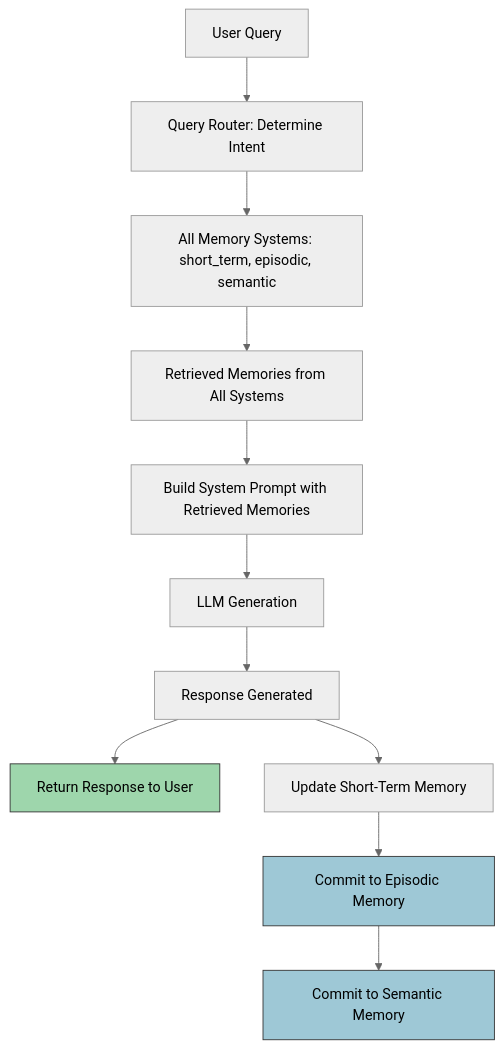
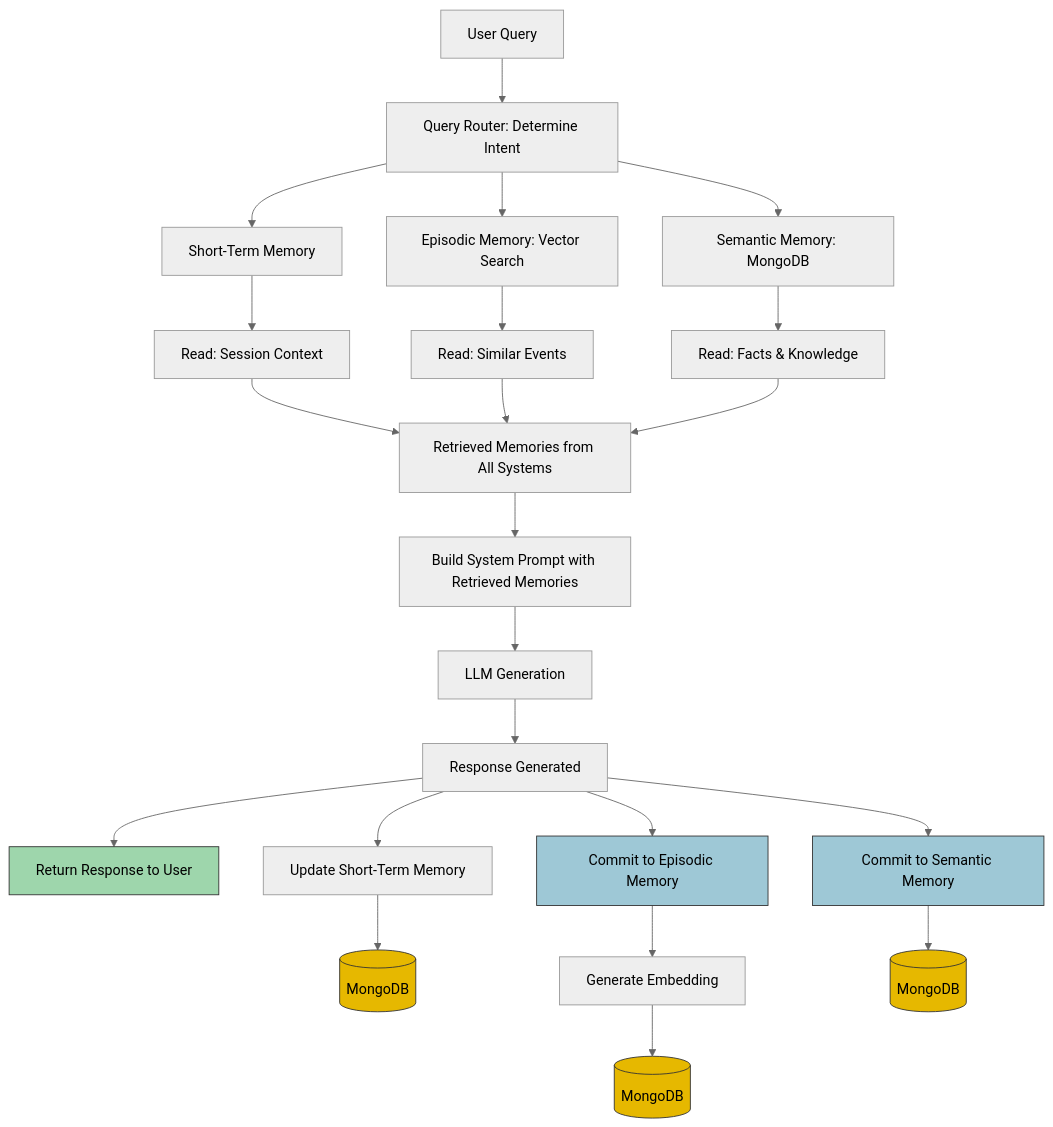
One commit to fullaware/pensive changed the diagram in README.md. Above: the diagram before and after it, drawn with Mermaid (neutral theme).

Commit message:
Updated README with better diagram

````diff
--- a/README.md
+++ b/README.md
@@ -28,19 +28,37 @@
 ```mermaid
 flowchart TD
   userQuery[User Query] --> router[Query Router: Determine Intent]
-  router --> allMemories[All Memory Systems: short_term, episodic, semantic]
+  router --> shortTerm[Short-Term Memory]
+  router --> episodic[Episodic Memory: Vector Search]
+  router --> semantic[Semantic Memory: MongoDB]
 
-  allMemories --> queryResults[Retrieved Memories from All Systems]
+  shortTerm --> shortTermRead[Read: Session Context]
+  episodic --> episodicRead[Read: Similar Events]
+  semantic --> semanticRead[Read: Facts & Knowledge]
+
+  shortTermRead --> queryResults[Retrieved Memories from All Systems]
+  episodicRead --> queryResults
+  semanticRead --> queryResults
+
   queryResults --> systemPrompt[Build System Prompt with Retrieved Memories]
   systemPrompt --> llm[LLM Generation]
   llm --> response[Response Generated]
 
   response --> userReturn[Return Response to User]
-  response --> shortTermMem[Update Short-Term Memory]
-  shortTermMem --> commitEpisodic[Commit to Episodic Memory]
-  commitEpisodic --> commitSemantic[Commit to Semantic Memory]
+  response --> shortTermWrite[Update Short-Term Memory]
+  shortTermWrite --> shortTermDb[(MongoDB)]
+  
+  response --> commitEpisodic[Commit to Episodic Memory]
+  commitEpisodic --> episodicEmbed[Generate Embedding]
+  episodicEmbed --> episodicDb[(MongoDB)]
+  
+  response --> commitSemantic[Commit to Semantic Memory]
+  commitSemantic --> semanticDb[(MongoDB)]
 
   style userReturn fill:#9ed6ac,stroke:#333, color:#000
+  style shortTermDb fill:#e6b800,stroke:#333, color:#000
+  style episodicDb fill:#e6b800,stroke:#333, color:#000
+  style semanticDb fill:#e6b800,stroke:#333, color:#000
   style commitEpisodic fill:#9ec8d6,stroke:#333, color:#000
   style commitSemantic fill:#9ec8d6,stroke:#333, color:#000
 ```
````
